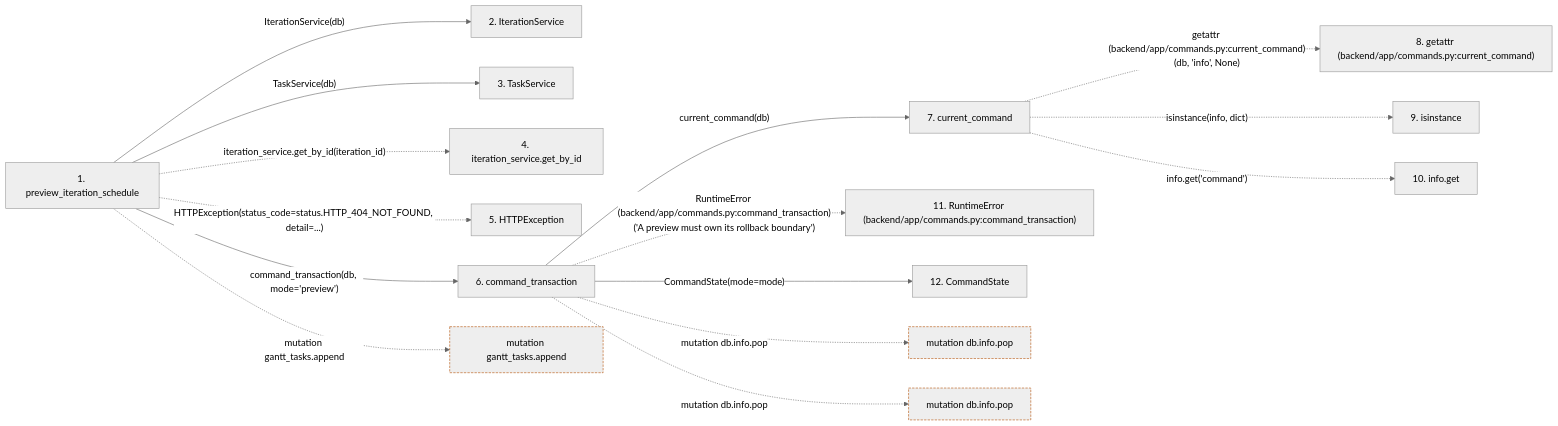
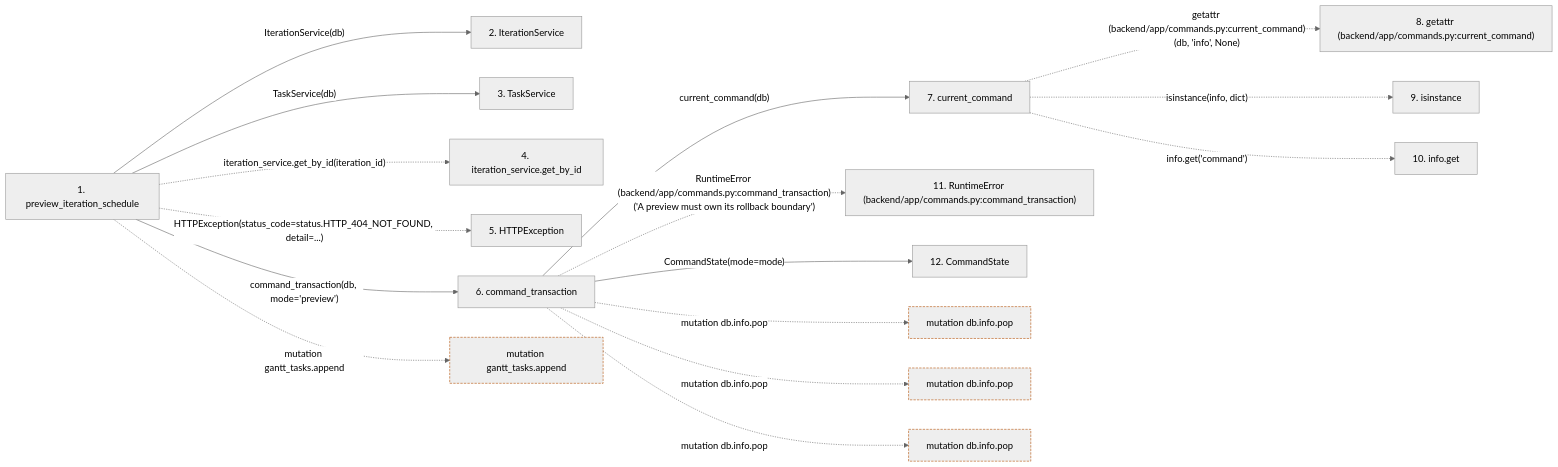
Before and after one commit to Denissvgn/WorkChord: the second of 2 diagrams in docs/llm_wiki/flows/http-preview_iteration_schedule.md, drawn with Mermaid (neutral theme). The commit also changed other lines of this file and 1888 other files, not shown here.

````diff
--- a/docs/llm_wiki/flows/http-preview_iteration_schedule.md
+++ b/docs/llm_wiki/flows/http-preview_iteration_schedule.md
@@ -89,42 +88,45 @@
 ```mermaid
 flowchart LR
     s1["1. preview_iteration_schedule"]
     s2["2. IterationService"]
     s3["3. TaskService"]
     s4["4. iteration_service.get_by_id"]
     s5["5. HTTPException"]
     s6["6. command_transaction"]
     s7["7. current_command"]
     s8["8. getattr (backend/app/commands.py:current_command)"]
     s9["9. isinstance"]
     s10["10. info.get"]
     s11["11. RuntimeError (backend/app/commands.py:command_transaction)"]
     s12["12. CommandState"]
     s1 -->|"IterationService(db)"| s2
     s1 -->|"TaskService(db)"| s3
     s1 -. "iteration_service.get_by_id(iteration_id)" .-> s4
     s1 -. "HTTPException(status_code=status.HTTP_404_NOT_FOUND, detail=...)" .-> s5
     s1 -->|"command_transaction(db, mode='preview')"| s6
     s6 -->|"current_command(db)"| s7
     s7 -. "getattr (backend/app/commands.py:current_command)(db, 'info', None)" .-> s8
     s7 -. "isinstance(info, dict)" .-> s9
     s7 -. "info.get('command')" .-> s10
     s6 -. "RuntimeError (backend/app/commands.py:command_transaction)('A preview must own its rollback boundary')" .-> s11
     s6 -->|"CommandState(mode=mode)"| s12
     b0["mutation gantt_tasks.append"]
     s1 -. "mutation gantt_tasks.append" .-> b0
     b1["mutation db.info.pop"]
     s6 -. "mutation db.info.pop" .-> b1
     b2["mutation db.info.pop"]
     s6 -. "mutation db.info.pop" .-> b2
+    b3["mutation db.info.pop"]
+    s6 -. "mutation db.info.pop" .-> b3
     click s1 "../modules/routers_gantt.md"
     click s2 "../modules/iteration_service.md"
     click s3 "../modules/task_service.md"
     click s6 "../modules/commands.md"
     click s7 "../modules/commands.md"
     click s12 "../modules/commands.md"
     classDef boundary stroke:#b45309,stroke-dasharray: 4 2
     class b0 boundary
     class b1 boundary
     class b2 boundary
+    class b3 boundary
 ```
````
